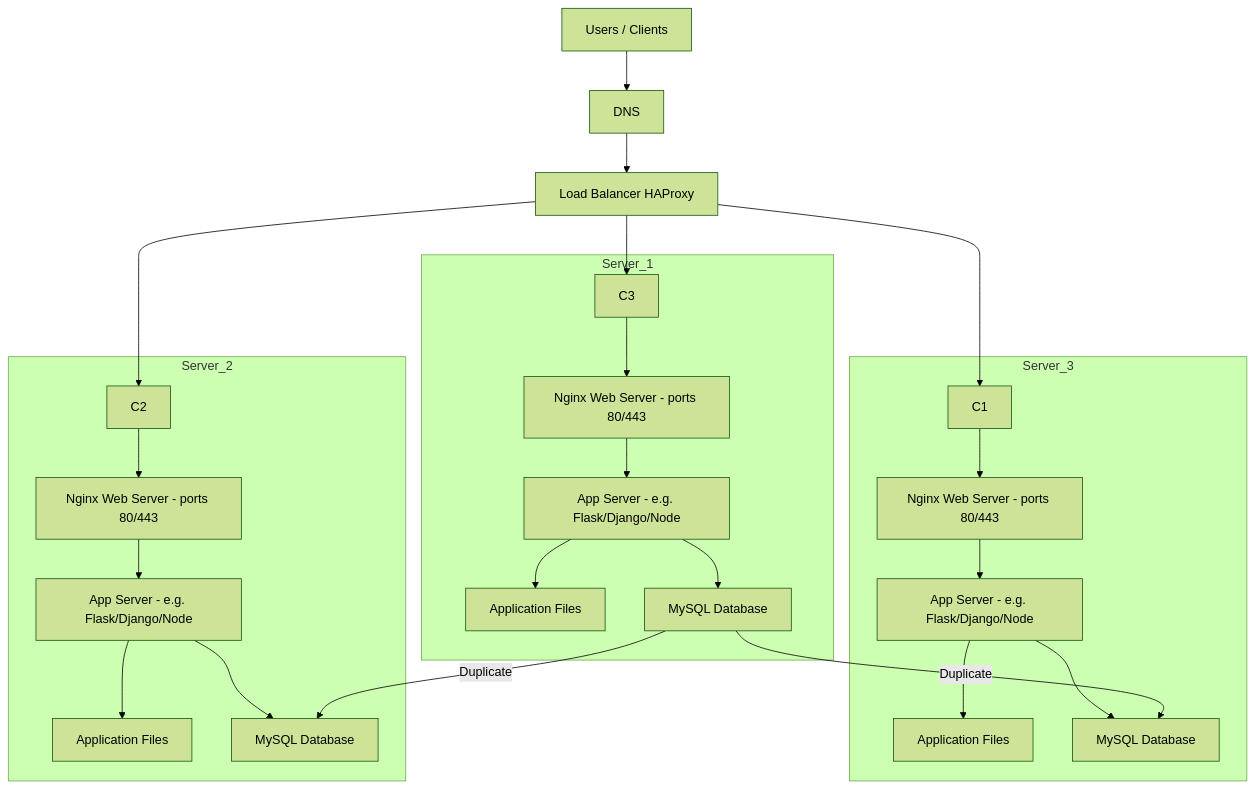
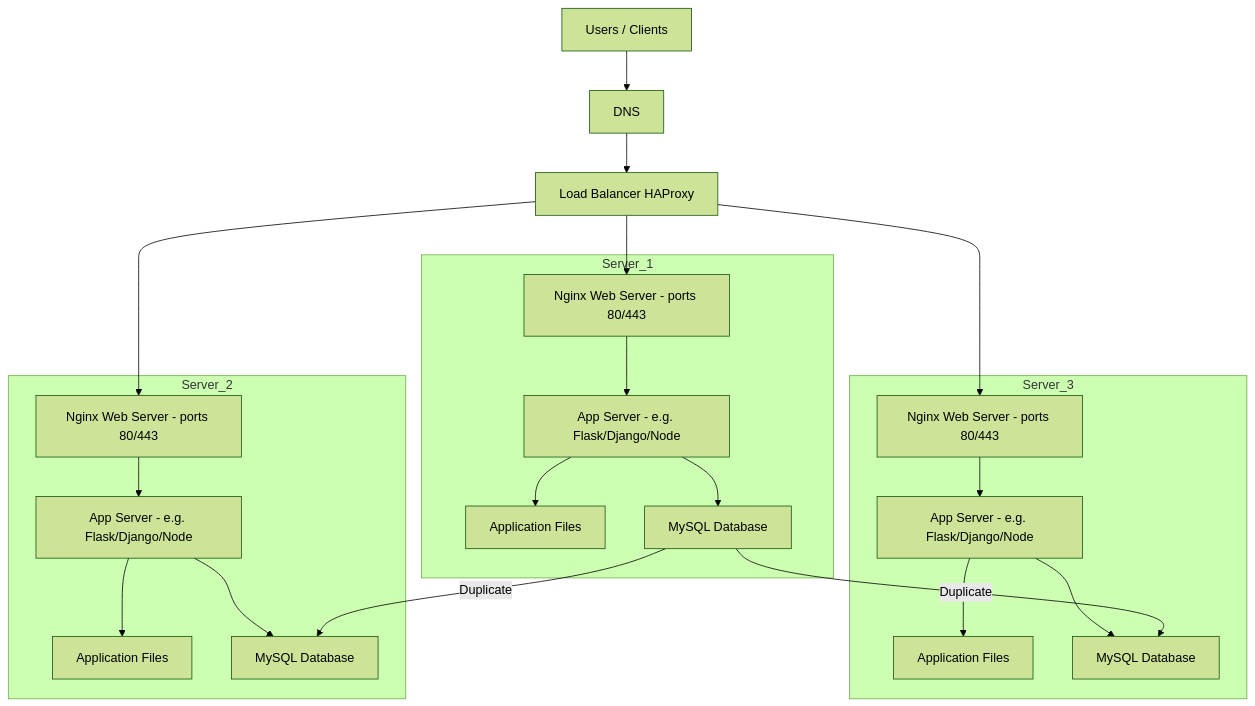
One commit to THO-Gaetan/holbertonschool-system_engineering-devops changed the diagram in task_1/1-distributed_web_infrastructure.mmd. Above: the diagram before and after it, drawn with Mermaid (forest theme).

Commit message:
advancing on mermaid task 1

```diff
--- a/task_1/1-distributed_web_infrastructure.mmd
+++ b/task_1/1-distributed_web_infrastructure.mmd
@@ -1,31 +1,31 @@
 ---
 config:
   layout: dagre
 ---
 flowchart TD
     subgraph Server_3
-        C1 --> D1[Nginx Web Server - ports 80/443]
+        D1[Nginx Web Server - ports 80/443]
         D1 --> E1[App Server - e.g. Flask/Django/Node]
         E1 --> F1[Application Files]
         E1 --> G1[MySQL Database]
     end
 
     subgraph Server_2
-        C2 --> D2[Nginx Web Server - ports 80/443]
+        D2[Nginx Web Server - ports 80/443]
         D2 --> E2[App Server - e.g. Flask/Django/Node]
         E2 --> F2[Application Files]
         E2 --> G2[MySQL Database]
     end
 
     subgraph Server_1
-        C3 --> D3[Nginx Web Server - ports 80/443]
+        D3[Nginx Web Server - ports 80/443]
         D3 --> E3[App Server - e.g. Flask/Django/Node]
         E3 --> F3[Application Files]
         E3 --> G3[MySQL Database]
     end
     A[Users / Clients] --> B[DNS]
     B[DNS] --> C[Load Balancer HAProxy]
-    C --> C1
-    C --> C2
-    C --> C3
+    C --> D1
+    C --> D2
+    C --> D3
     G3 -->|Duplicate| G2 & G1
```
